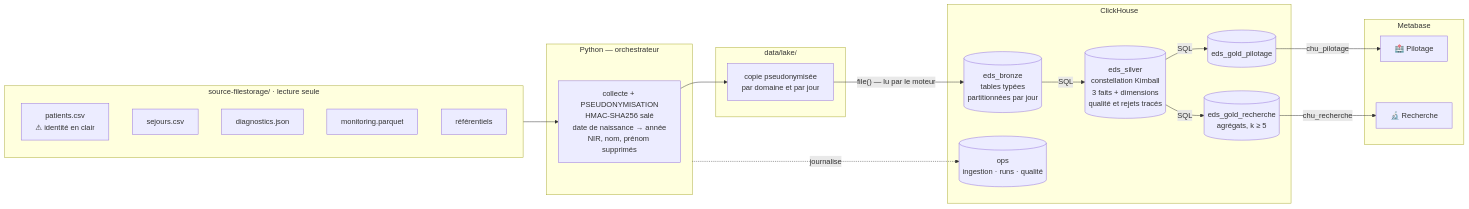
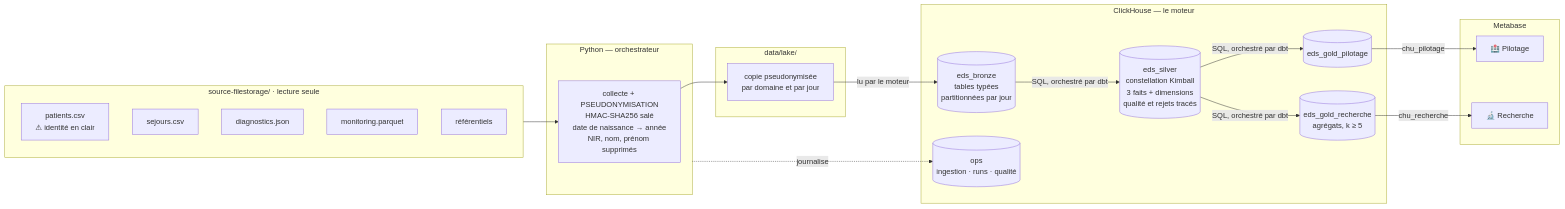
The diagram in README.md (RaptorZ99/BigData), drawn with Mermaid before and after one commit. The commit also changed other lines of this file and 123 other files, not shown here.

````diff
--- a/README.md
+++ b/README.md
@@ -80,36 +80,36 @@
 ```mermaid
 flowchart LR
     subgraph SRC["source-filestorage/ · lecture seule"]
         A1["patients.csv<br/>⚠ identité en clair"]
         A2["sejours.csv"]
         A3["diagnostics.json"]
         A4["monitoring.parquet"]
         A5["référentiels"]
     end
 
     subgraph PY["Python — orchestrateur"]
         C["collecte + PSEUDONYMISATION<br/>HMAC-SHA256 salé<br/>date de naissance → année<br/>NIR, nom, prénom supprimés"]
     end
 
     subgraph LAKE["data/lake/"]
         L["copie pseudonymisée<br/>par domaine et par jour"]
     end
 
-    subgraph CH["ClickHouse"]
+    subgraph CH["ClickHouse — le moteur"]
         B[("eds_bronze<br/>tables typées<br/>partitionnées par jour")]
         S[("eds_silver<br/>constellation Kimball<br/>3 faits + dimensions<br/>qualité et rejets tracés")]
         G1[("eds_gold_pilotage")]
         G2[("eds_gold_recherche<br/>agrégats, k ≥ 5")]
         O[("ops<br/>ingestion · runs · qualité")]
     end
 
     subgraph MB["Metabase"]
         D1["🏥 Pilotage"]
         D2["🔬 Recherche"]
     end
 
-    SRC --> C --> L -->|"file() — lu par le moteur"| B -->|SQL| S -->|SQL| G1 & G2
+    SRC --> C --> L -->|"lu par le moteur"| B -->|"SQL, orchestré par dbt"| S -->|"SQL, orchestré par dbt"| G1 & G2
     G1 -->|chu_pilotage| D1
     G2 -->|chu_recherche| D2
     PY -.journalise.-> O
 ```
````
